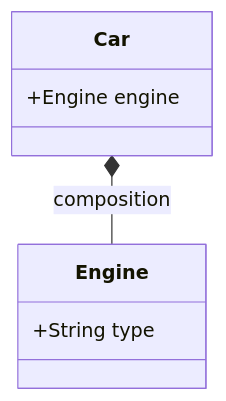
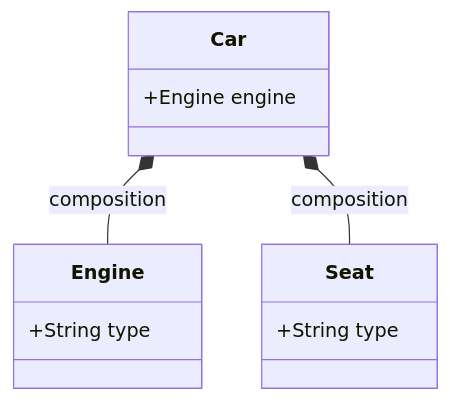
The diagram in composicion.md (joelibaceta/poo-mermaid-samples), drawn with Mermaid before and after one commit.

````diff
--- a/composicion.md
+++ b/composicion.md
@@ -25,10 +25,14 @@
 ```mermaid
 classDiagram
     class Car {
         +Engine engine
     }
     class Engine {
         +String type
     }
+    class Seat {
+        +String type
+    }
     Car *-- Engine : composition
+    Car *-- Seat : composition
 ```
````
